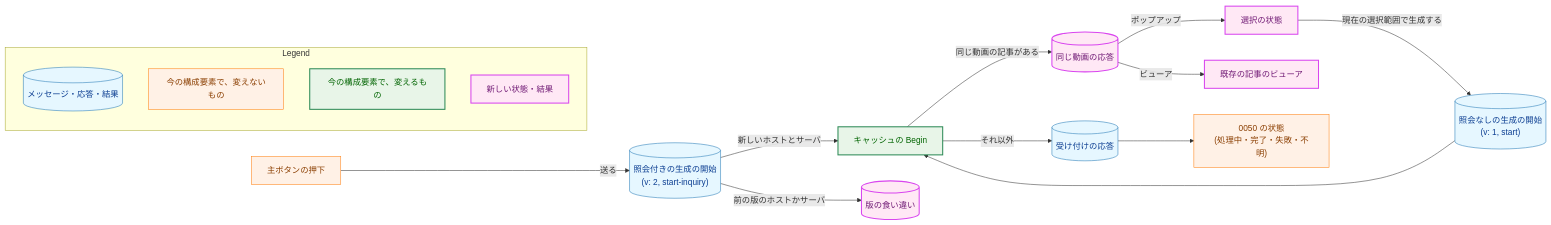
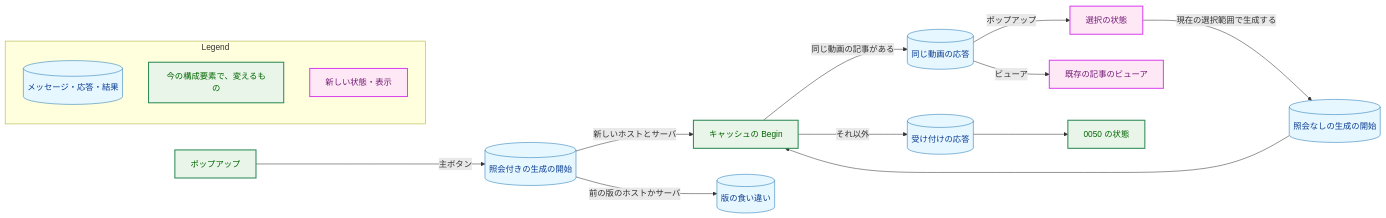
The first of 6 diagrams in docs/tasks/0058_same_video_article/02_architecture.md (isseis/yt2column), drawn with Mermaid before and after one commit. The commit also changed other lines of this file, not shown here.

````diff
--- a/docs/tasks/0058_same_video_article/02_architecture.md
+++ b/docs/tasks/0058_same_video_article/02_architecture.md
@@ -46,46 +51,41 @@
 ```mermaid
 flowchart LR
     classDef data fill:#e6f7ff,stroke:#1f77b4,stroke-width:1px,color:#0b3d91;
-    classDef process fill:#fff1e6,stroke:#ff7f0e,stroke-width:1px,color:#8a3e00;
     classDef enhanced fill:#e8f5e8,stroke:#2e8b57,stroke-width:2px,color:#006400;
     classDef newpkg fill:#ffe8f5,stroke:#d946ef,stroke-width:2px,color:#701a75;
 
-    PRESS["主ボタンの押下"]
-    INQ[("照会付きの生成の開始<br>(v: 2, start-inquiry)")]
-    PLAIN[("照会なしの生成の開始<br>(v: 1, start)")]
+    POPUP["ポップアップ"]
+    INQ[("照会付きの生成の開始")]
+    PLAIN[("照会なしの生成の開始")]
     BEGIN["キャッシュの Begin"]
     ACC[("受け付けの応答")]
     SAME[("同じ動画の応答")]
     MISMATCH[("版の食い違い")]
     CHOICE["選択の状態"]
     EXVIEW["既存の記事のビューア"]
-    JOBSTATE["0050 の状態<br>(処理中・完了・失敗・不明)"]
+    JOBSTATE["0050 の状態"]
 
-    PRESS -->|"送る"| INQ
+    POPUP -->|"主ボタン"| INQ
     INQ -->|"新しいホストとサーバ"| BEGIN
     INQ -->|"前の版のホストかサーバ"| MISMATCH
     BEGIN -->|"同じ動画の記事がある"| SAME
     BEGIN -->|"それ以外"| ACC
     SAME -->|"ポップアップ"| CHOICE
     SAME -->|"ビューア"| EXVIEW
     CHOICE -->|"現在の選択範囲で生成する"| PLAIN
     PLAIN --> BEGIN
     ACC --> JOBSTATE
 
-    class INQ,PLAIN,ACC data
-    class SAME,MISMATCH newpkg
-    class PRESS,JOBSTATE process
-    class BEGIN enhanced
+    class INQ,PLAIN,ACC,SAME,MISMATCH data
+    class POPUP,BEGIN,JOBSTATE enhanced
     class CHOICE,EXVIEW newpkg
 
     subgraph Legend["Legend"]
         L1[("メッセージ・応答・結果")]
-        L2["今の構成要素で、変えないもの"]
-        L3["今の構成要素で、変えるもの"]
-        L4["新しい状態・結果"]
+        L2["今の構成要素で、変えるもの"]
+        L3["新しい状態・表示"]
     end
     class L1 data
-    class L2 process
-    class L3 enhanced
-    class L4 newpkg
+    class L2 enhanced
+    class L3 newpkg
 ```
````
